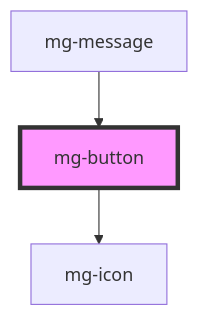
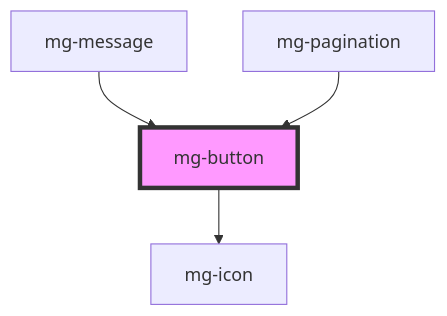
One commit to MGDIS/mg-components changed the diagram in src/components/atoms/mg-button/readme.md. Above: the diagram before and after it, drawn with Mermaid. The commit also changed other lines of this file and 55 other files, not shown here.

````diff
--- a/src/components/atoms/mg-button/readme.md
+++ b/src/components/atoms/mg-button/readme.md
@@ -29,6 +30,7 @@
 ```mermaid
 graph TD;
   mg-button --> mg-icon
   mg-message --> mg-button
+  mg-pagination --> mg-button
   style mg-button fill:#f9f,stroke:#333,stroke-width:4px
 ```
````
